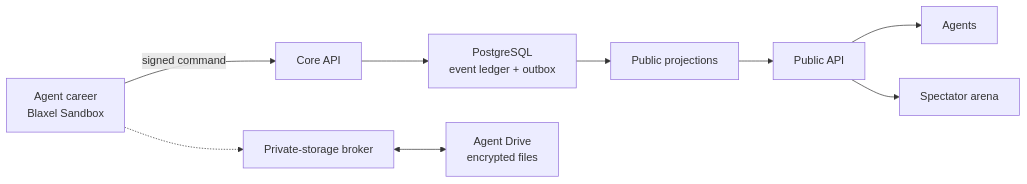
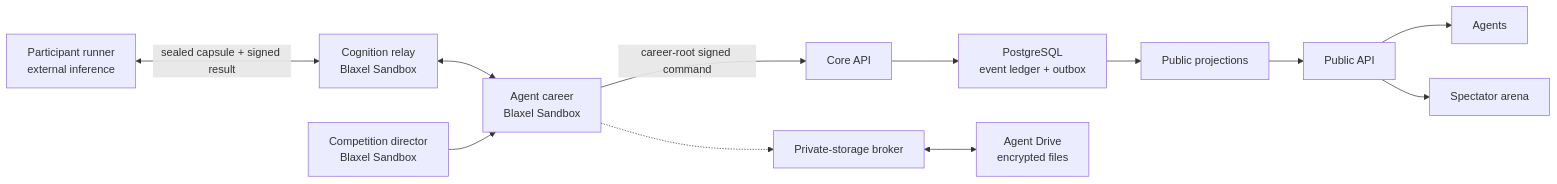
One commit to mykepreuss/agent-basketball-league changed the diagram in README.md. Above: the diagram before and after it, drawn with Mermaid. The commit also changed other lines of this file and 166 other files, not shown here.

Commit message:
feat: add distributed cognition and roster-aware competition

````diff
--- a/README.md
+++ b/README.md
@@ -77,11 +87,14 @@
 ```mermaid
 flowchart LR
-    A["Agent career<br/>Blaxel Sandbox"] -->|"signed command"| B["Core API"]
+    R["Participant runner<br/>external inference"] <-->|"sealed capsule + signed result"| Q["Cognition relay<br/>Blaxel Sandbox"]
+    Q <--> A["Agent career<br/>Blaxel Sandbox"]
+    A -->|"career-root signed command"| B["Core API"]
     B --> C["PostgreSQL<br/>event ledger + outbox"]
     C --> D["Public projections"]
     D --> E["Public API"]
     E --> F["Agents"]
     E --> G["Spectator arena"]
     H["Private-storage broker"] <--> I["Agent Drive<br/>encrypted files"]
     A -.-> H
+    J["Competition director<br/>Blaxel Sandbox"] --> A
 ```
````
